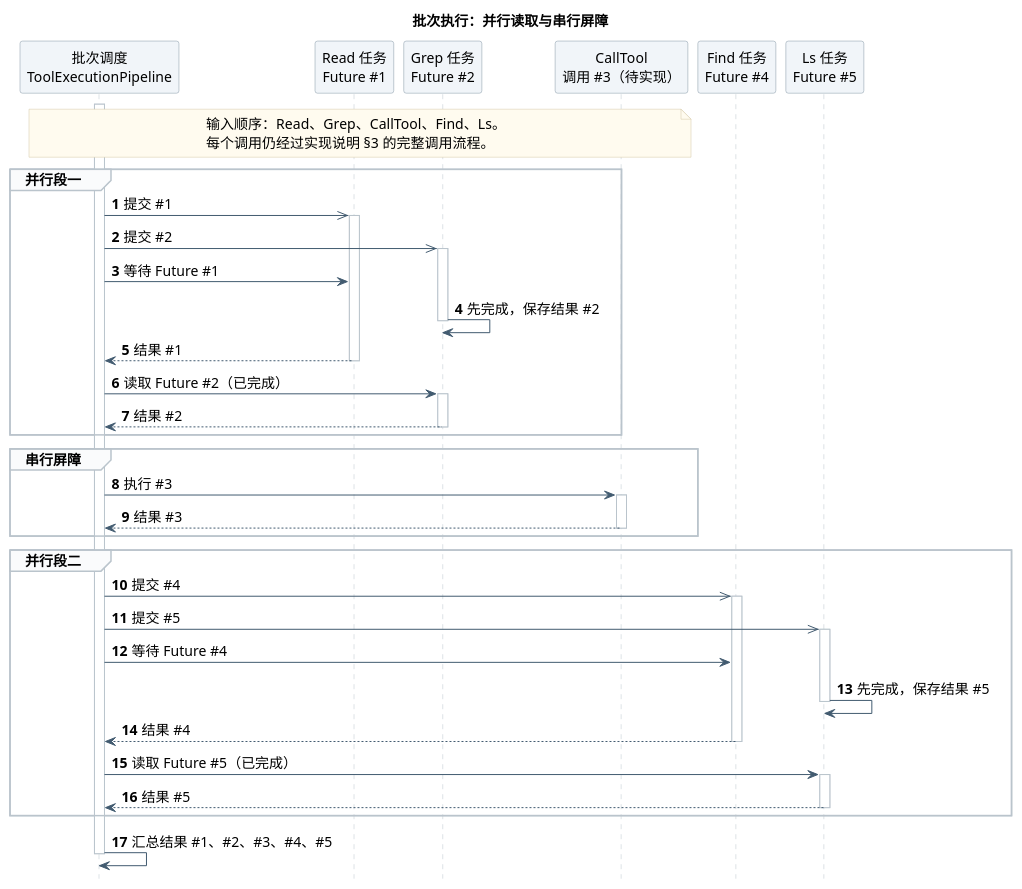
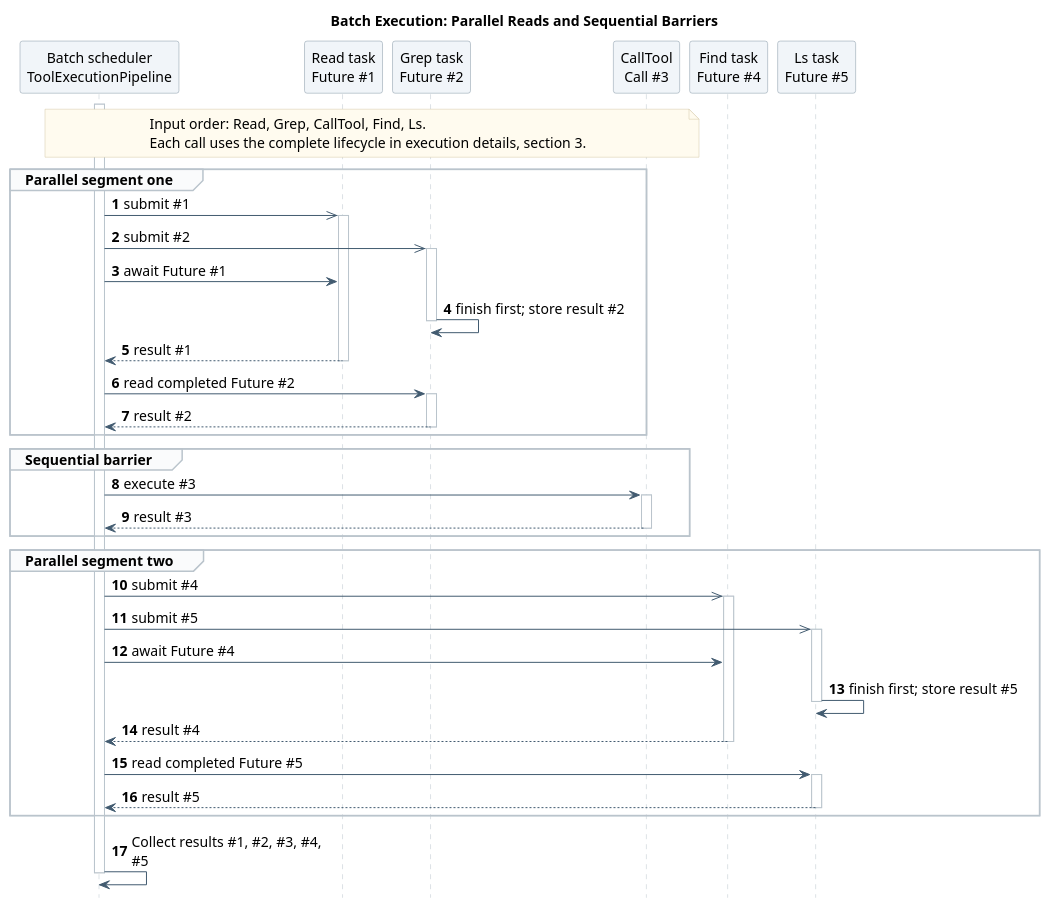
One commit to ssm0808/pi-mono-java-design changed the eighth of 12 diagrams in 01-总体架构/02-CampusClaw工具系统/diagram.puml. Above: the diagram before and after it, drawn with PlantUML. The commit also changed other lines of this file and 20 other files, not shown here.

```diff
--- a/01-总体架构/02-CampusClaw工具系统/diagram.puml
+++ b/01-总体架构/02-CampusClaw工具系统/diagram.puml
@@ -538,67 +563,66 @@
 @startuml tool_batch_scheduling
 skinparam backgroundColor white
-skinparam defaultFontName "PingFang SC"
+skinparam defaultFontName SansSerif
 skinparam defaultFontSize 14
 skinparam shadowing false
 skinparam sequenceMessageAlign left
 skinparam maxMessageSize 210
 skinparam sequenceArrowColor #425B70
 skinparam sequenceLifeLineBorderColor #BAC4CC
 skinparam sequenceParticipantBackgroundColor #F1F5F9
 skinparam sequenceParticipantBorderColor #8496A4
 skinparam sequenceGroupBackgroundColor #FAFBFC
 skinparam sequenceGroupBorderColor #BAC4CC
 skinparam sequenceReferenceBackgroundColor #EEF4FA
 skinparam sequenceReferenceBorderColor #8496A4
 skinparam noteBackgroundColor #FFFBEF
 skinparam noteBorderColor #D2C6A5
 hide footbox
 autonumber
-' Source evidence (CampusClaw fb842b1ac6cb4818f6b146f79dd184a5cd88bf12, checked 2026-09-21):
-
+' Source evidence (CampusClaw c9a2340f87bda6dff6bbd352f6995f8551206bb5, checked 2026-09-22):
 ' modules/agent-core/src/main/java/com/campusclaw/agent/tool/ToolExecutionPipeline.java: executePlanned, executeInParallel, findParallelSegmentEnd
 ' modules/agent-core/src/main/java/com/campusclaw/agent/tool/AgentTool.java: executionMode
+' modules/coding-agent-cli/src/main/java/com/campusclaw/codingagent/tool/mate/CallTool.java: executionMode
 ' Observed behavior: consecutive parallel calls run in virtual-thread tasks; futures are collected in input order before the next segment.
-' Design reason: asynchronous arrows and overlapping activations show concurrency, while the sequential call separates both segments.
-' Pending implementation: CallTool replaces the existing business wrapper; the adjacent-segment scheduling itself is implemented.
-title 批次执行：并行读取与串行屏障
+' Design reason: asynchronous arrows and overlapping activations show concurrency; the sequential CallTool separates both segments.
+title Batch Execution: Parallel Reads and Sequential Barriers
 
-participant "批次调度\nToolExecutionPipeline" as Pipeline
-participant "Read 任务\nFuture #1" as Read
-participant "Grep 任务\nFuture #2" as Grep
-participant "CallTool\n调用 #3（待实现）" as Call
-participant "Find 任务\nFuture #4" as Find
-participant "Ls 任务\nFuture #5" as Ls
+participant "Batch scheduler\nToolExecutionPipeline" as Pipeline
+participant "Read task\nFuture #1" as Read
+participant "Grep task\nFuture #2" as Grep
+participant "CallTool\nCall #3" as Call
+participant "Find task\nFuture #4" as Find
+participant "Ls task\nFuture #5" as Ls
 
 note over Pipeline, Call
-  输入顺序：Read、Grep、CallTool、Find、Ls。
-  每个调用仍经过实现说明 §3 的完整调用流程。
+  Input order: Read, Grep, CallTool, Find, Ls.
+  Each call uses the complete lifecycle in execution details, section 3.
 end note
 activate Pipeline
-group 并行段一
-  Pipeline ->> Read ++ : 提交 #1
-  Pipeline ->> Grep ++ : 提交 #2
-  Pipeline -> Read : 等待 Future #1
-  Grep -> Grep : 先完成，保存结果 #2
+group Parallel segment one
+  Pipeline ->> Read ++ : submit #1
+  Pipeline ->> Grep ++ : submit #2
+  Pipeline -> Read : await Future #1
+  Grep -> Grep : finish first; store result #2
   deactivate Grep
-  Read --> Pipeline -- : 结果 #1
-  Pipeline -> Grep ++ : 读取 Future #2（已完成）
-  Grep --> Pipeline -- : 结果 #2
+  Read --> Pipeline -- : result #1
+  Pipeline -> Grep ++ : read completed Future #2
+  Grep --> Pipeline -- : result #2
 end
-group 串行屏障
-  Pipeline -> Call ++ : 执行 #3
-  Call --> Pipeline -- : 结果 #3
+group Sequential barrier
+  Pipeline -> Call ++ : execute #3
+  Call --> Pipeline -- : result #3
 end
-group 并行段二
-  Pipeline ->> Find ++ : 提交 #4
-  Pipeline ->> Ls ++ : 提交 #5
-  Pipeline -> Find : 等待 Future #4
-  Ls -> Ls : 先完成，保存结果 #5
+group Parallel segment two
+  Pipeline ->> Find ++ : submit #4
+  Pipeline ->> Ls ++ : submit #5
+  Pipeline -> Find : await Future #4
+  Ls -> Ls : finish first; store result #5
   deactivate Ls
-  Find --> Pipeline -- : 结果 #4
-  Pipeline -> Ls ++ : 读取 Future #5（已完成）
-  Ls --> Pipeline -- : 结果 #5
+  Find --> Pipeline -- : result #4
+  Pipeline -> Ls ++ : read completed Future #5
+  Ls --> Pipeline -- : result #5
 end
-Pipeline -> Pipeline : 汇总结果 #1、#2、#3、#4、#5
+Pipeline -> Pipeline : Collect results #1, #2, #3, #4, #5
 deactivate Pipeline
 @enduml
```
